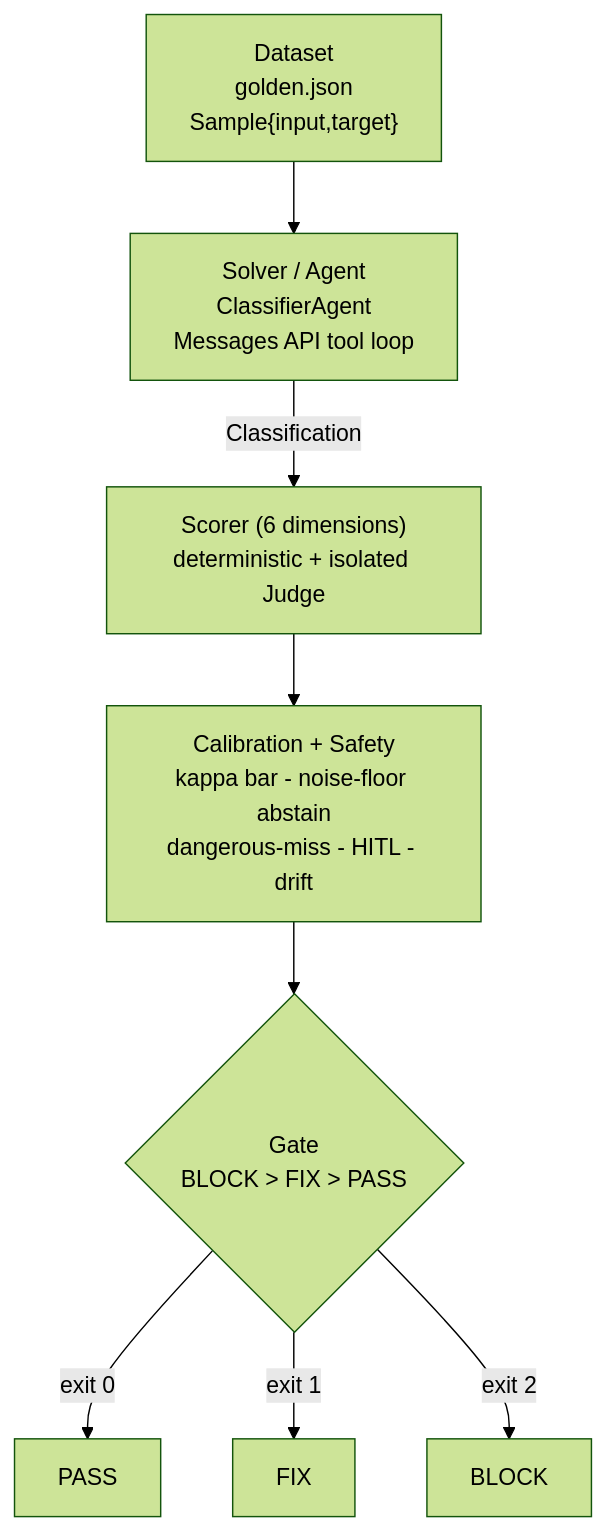
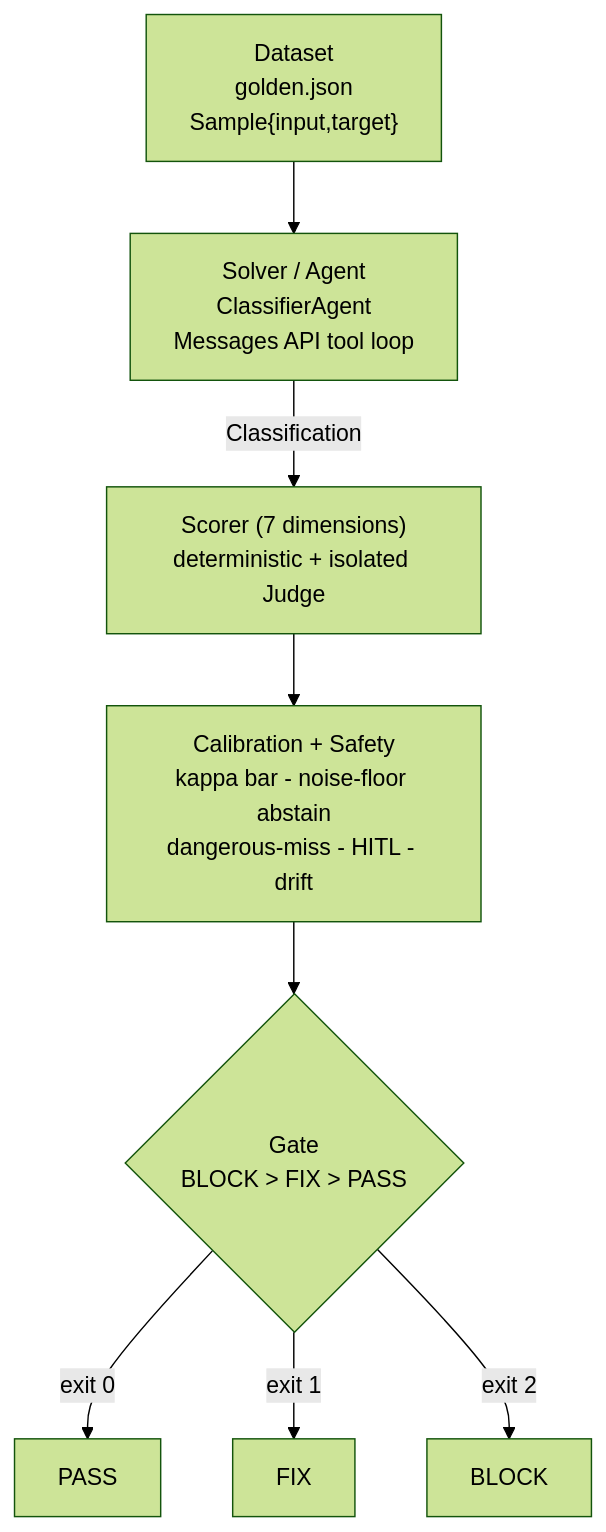
One commit to ianchallis001/claude-agent-governance-evals changed the diagram in README.md. Above: the diagram before and after it, drawn with Mermaid (forest theme). The commit also changed other lines of this file and 2 other files, not shown here.

Commit message:
docs: seven dimensions, Inspect + Comparing-models sections, updated limits and ticket map

````diff
--- a/README.md
+++ b/README.md
@@ -130,11 +197,11 @@
 ```mermaid
 flowchart TD
     DS["Dataset<br/>golden.json<br/>Sample{input,target}"] --> SOLVE
     SOLVE["Solver / Agent<br/>ClassifierAgent<br/>Messages API tool loop"] -->|Classification| SCORE
-    SCORE["Scorer (6 dimensions)<br/>deterministic + isolated Judge"] --> CAL
+    SCORE["Scorer (7 dimensions)<br/>deterministic + isolated Judge"] --> CAL
     CAL["Calibration + Safety<br/>kappa bar - noise-floor abstain<br/>dangerous-miss - HITL - drift"] --> GATE
     GATE{"Gate<br/>BLOCK &gt; FIX &gt; PASS"}
     GATE -->|exit 0| PASS[PASS]
     GATE -->|exit 1| FIX[FIX]
     GATE -->|exit 2| BLOCK[BLOCK]
 ```
````
